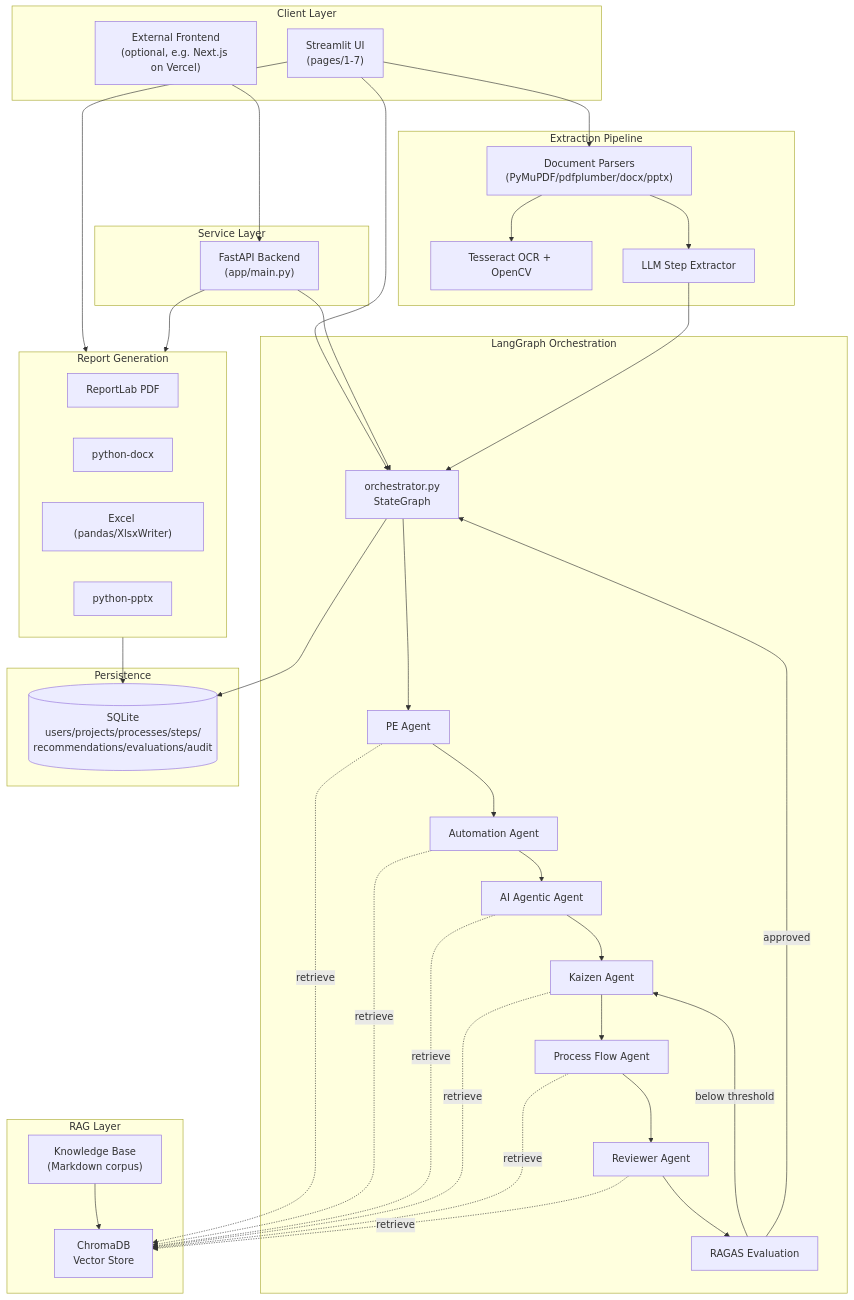
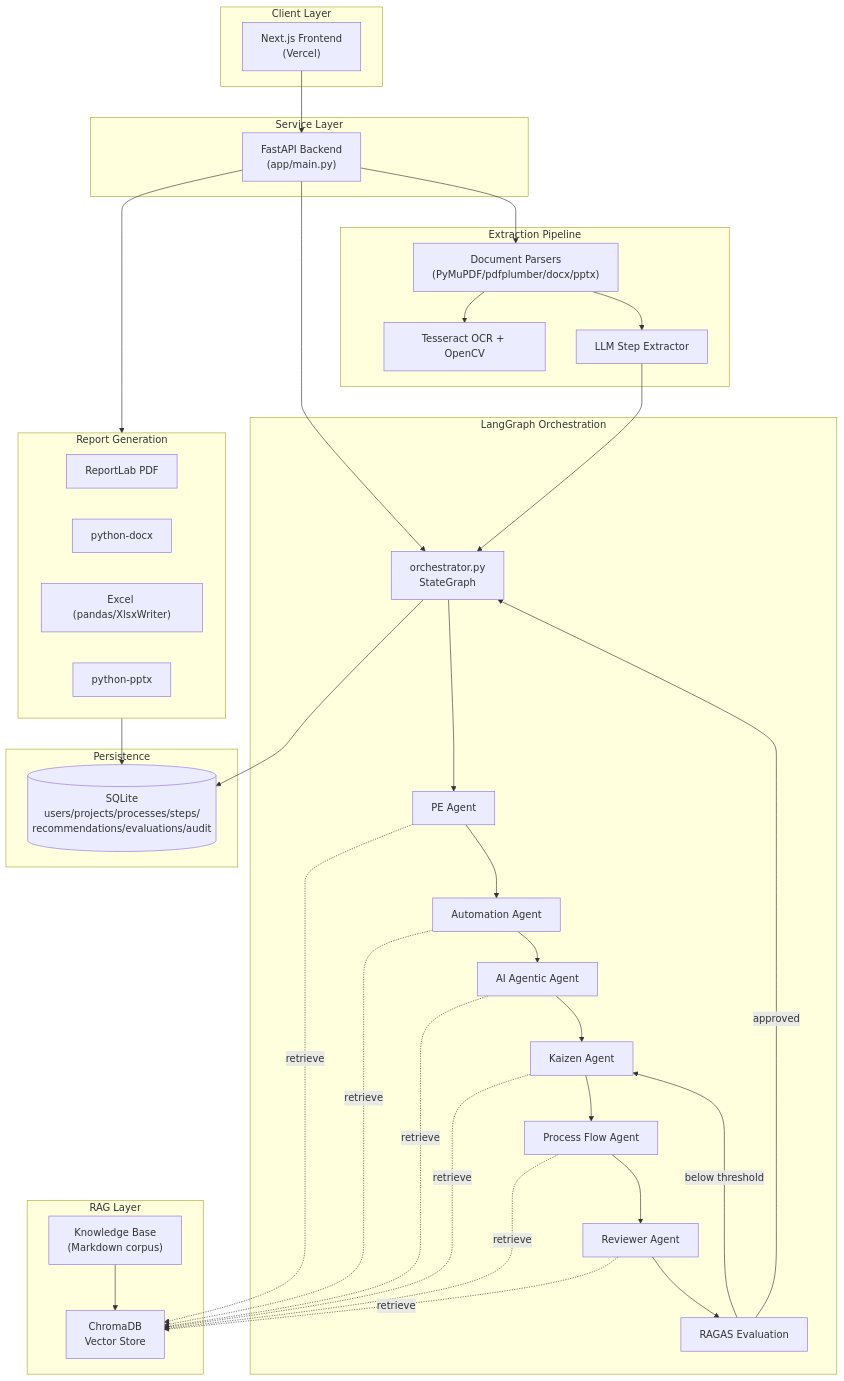
The diagram in docs/ARCHITECTURE.md (ashishkapoor009/process-diagnostic-gemba-walk), drawn with Mermaid before and after one commit. The commit also changed other lines of this file and 45 other files, not shown here.

````diff
--- a/docs/ARCHITECTURE.md
+++ b/docs/ARCHITECTURE.md
@@ -5,66 +5,63 @@
 ```mermaid
 flowchart TB
     subgraph Client["Client Layer"]
-        UI["Streamlit UI\n(pages/1-7)"]
-        EXT["External Frontend\n(optional, e.g. Next.js on Vercel)"]
+        EXT["Next.js Frontend\n(Vercel)"]
     end
 
     subgraph API["Service Layer"]
         FASTAPI["FastAPI Backend\n(app/main.py)"]
     end
 
     subgraph Orchestration["LangGraph Orchestration"]
         PIPE["orchestrator.py\nStateGraph"]
         PE["PE Agent"]
         AUTO["Automation Agent"]
         AI["AI Agentic Agent"]
         KAI["Kaizen Agent"]
         FLOW["Process Flow Agent"]
         REV["Reviewer Agent"]
         RAGAS["RAGAS Evaluation"]
     end
 
     subgraph Knowledge["RAG Layer"]
         KB["Knowledge Base\n(Markdown corpus)"]
         CHROMA["ChromaDB\nVector Store"]
     end
 
     subgraph Extraction["Extraction Pipeline"]
         PARSE["Document Parsers\n(PyMuPDF/pdfplumber/docx/pptx)"]
         OCR["Tesseract OCR + OpenCV"]
         LLMX["LLM Step Extractor"]
     end
 
     subgraph Storage["Persistence"]
         SQLITE[("SQLite\nusers/projects/processes/steps/\nrecommendations/evaluations/audit")]
     end
 
     subgraph Reports["Report Generation"]
         PDF["ReportLab PDF"]
         WORD["python-docx"]
         XLS["Excel (pandas/XlsxWriter)"]
         PPT["python-pptx"]
     end
 
-    UI --> PIPE
     EXT --> FASTAPI --> PIPE
-    UI --> PARSE --> OCR
+    FASTAPI --> PARSE --> OCR
     PARSE --> LLMX --> PIPE
 
     PIPE --> PE --> AUTO --> AI --> KAI --> FLOW --> REV --> RAGAS
     RAGAS -- "below threshold" --> KAI
     RAGAS -- "approved" --> PIPE
 
     PE -.retrieve.-> CHROMA
     AUTO -.retrieve.-> CHROMA
     AI -.retrieve.-> CHROMA
     KAI -.retrieve.-> CHROMA
     FLOW -.retrieve.-> CHROMA
     REV -.retrieve.-> CHROMA
     KB --> CHROMA
 
     PIPE --> SQLITE
-    UI --> Reports
     FASTAPI --> Reports
     Reports --> SQLITE
 ```
````
